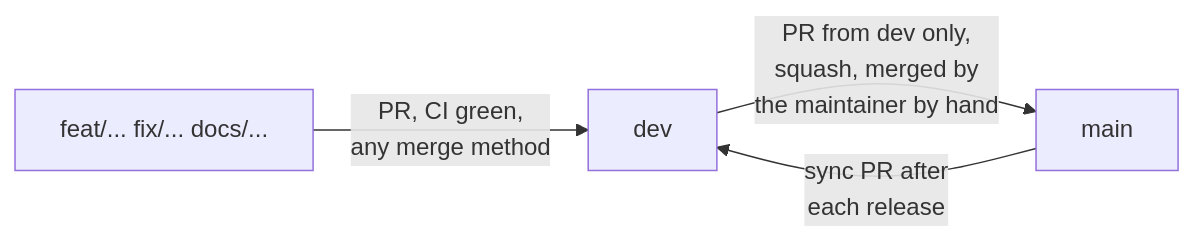
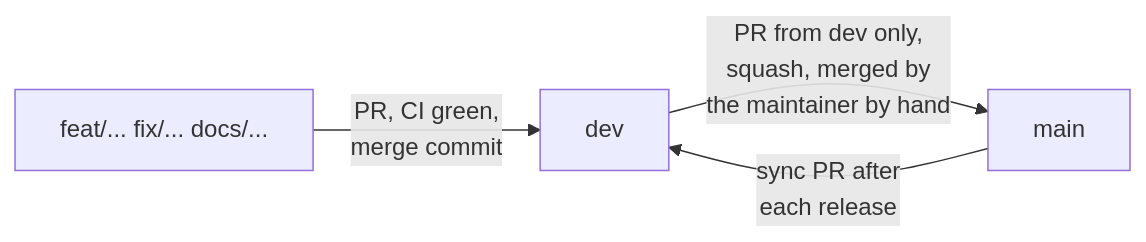
One commit to ztc0/goop changed the second of 2 diagrams in docs/development/rules/commits.md. Above: the diagram before and after it, drawn with Mermaid. The commit also changed other lines of this file and 102 other files, not shown here.

````diff
--- a/docs/development/rules/commits.md
+++ b/docs/development/rules/commits.md
@@ -26,6 +39,6 @@
 ```mermaid
 flowchart LR
-    Feature[feat/... fix/... docs/...] -->|PR, CI green,<br/>any merge method| Dev[dev]
+    Feature[feat/... fix/... docs/...] -->|PR, CI green,<br/>merge commit| Dev[dev]
     Dev -->|PR from dev only,<br/>squash, merged by<br/>the maintainer by hand| Main[main]
     Main -->|sync PR after<br/>each release| Dev
 ```
````
